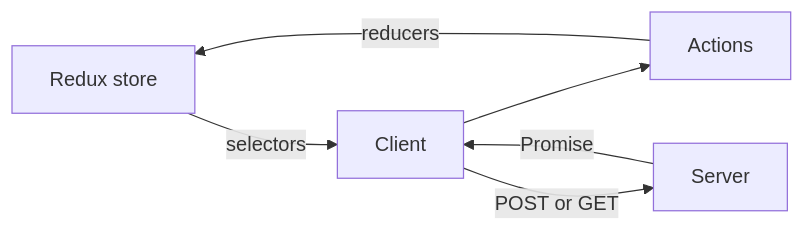
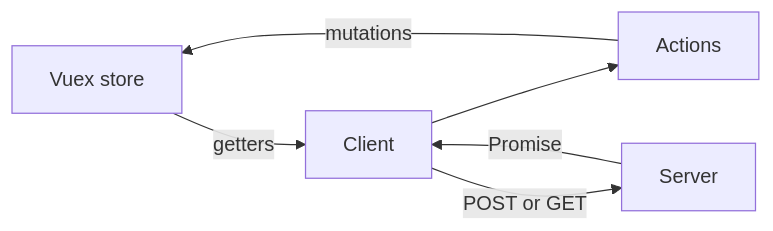
The first of 3 diagrams in NotesStandardsPractices.md (PeterC66/m4ops), drawn with Mermaid before and after one commit. The commit also changed other lines of this file and 5 other files, not shown here.

````diff
--- a/NotesStandardsPractices.md
+++ b/NotesStandardsPractices.md
@@ -352,8 +354,8 @@
 ```mermaid
 graph LR;
-  R[Redux store] -->|selectors| C[Client]
+  M[Vuex store] -->|getters| C[Client]
   C --> A[Actions]
-  A --> |reducers| R
+  A --> |mutations| M
   C -->|POST or GET| S[Server]
   S -->|Promise| C
 ```
````
